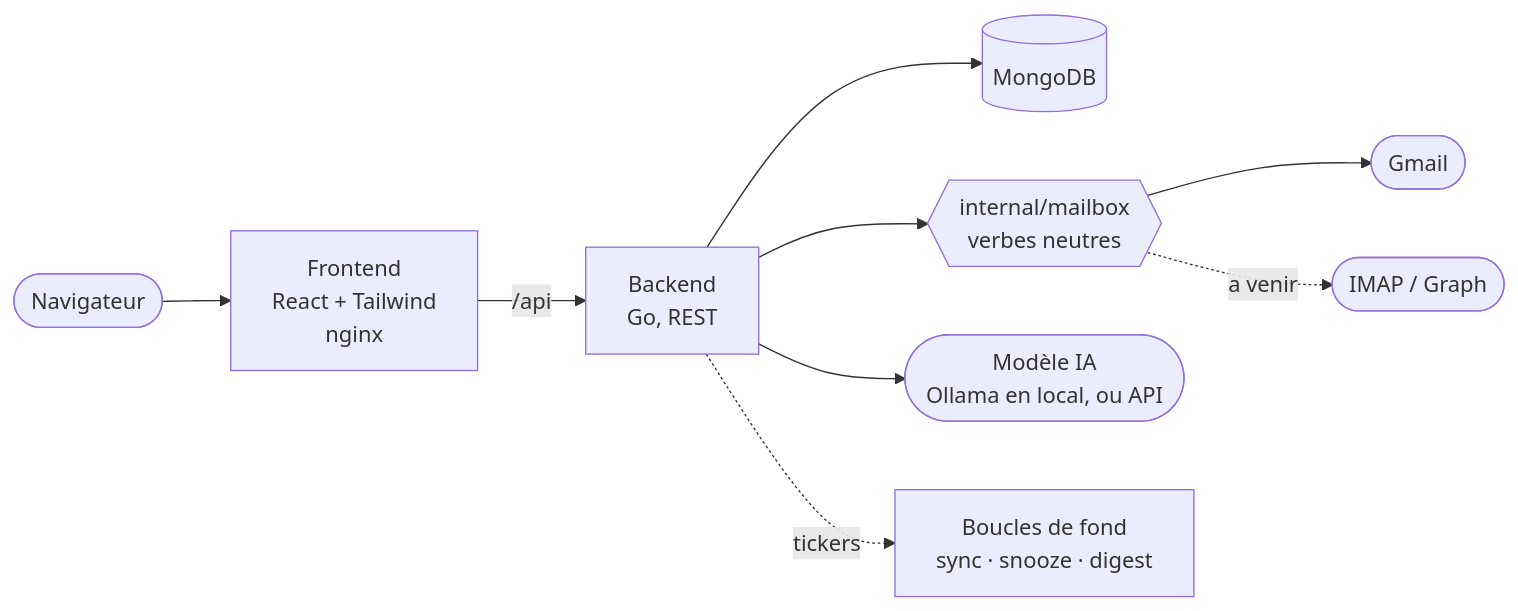
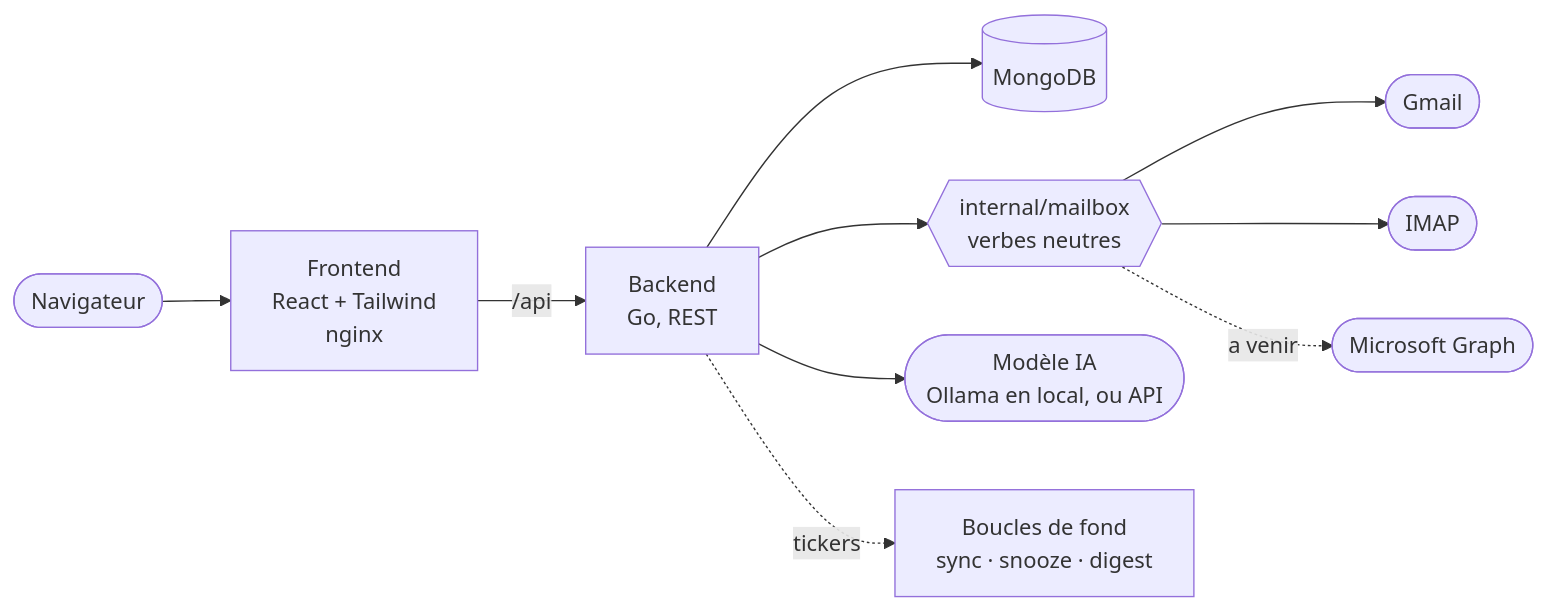
One commit to nohe-sohbi/Mailsorter changed the diagram in README.md. Above: the diagram before and after it, drawn with Mermaid. The commit also changed other lines of this file and 8 other files, not shown here.

````diff
--- a/README.md
+++ b/README.md
@@ -195,11 +201,12 @@
 ```mermaid
 flowchart LR
   U([Navigateur]) --> F["Frontend<br/>React + Tailwind<br/>nginx"]
   F -->|"/api"| B["Backend<br/>Go, REST"]
   B --> M[("MongoDB")]
   B --> X{{"internal/mailbox<br/>verbes neutres"}}
   X --> G([Gmail])
-  X -.->|a venir| I([IMAP / Graph])
+  X --> I([IMAP])
+  X -.->|a venir| GR([Microsoft Graph])
   B --> AI(["Modèle IA<br/>Ollama en local, ou API"])
   B -.->|tickers| S["Boucles de fond<br/>sync · snooze · digest"]
 ```
````
